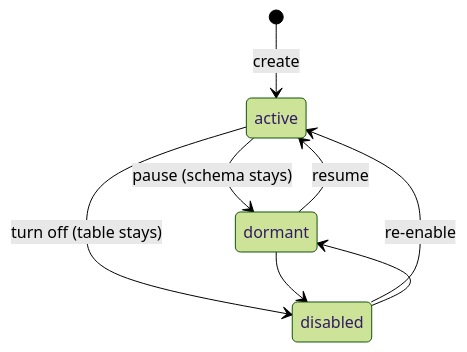
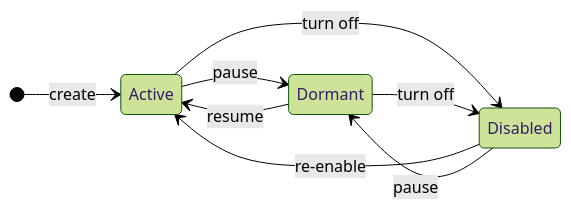
One commit to hyperi-io/dfe-engine changed the diagram in docs/data-plane/source-registry.md. Above: the diagram before and after it, drawn with Mermaid (forest theme). The commit also changed other lines of this file and 71 other files, not shown here.

First line of the commit message:
docs(engine): fix 159 claims and redraw every diagram

````diff
--- a/docs/data-plane/source-registry.md
+++ b/docs/data-plane/source-registry.md
@@ -25,10 +27,13 @@
 ```mermaid
 stateDiagram-v2
-    [*] --> active: create
-    active --> dormant: pause (schema stays)
-    dormant --> active: resume
-    active --> disabled: turn off (table stays)
-    dormant --> disabled
-    disabled --> active: re-enable
-    disabled --> dormant
+    direction LR
+    accTitle: L4 Detail -- Source lifecycle
+    accDescr: A source is created active. It can move between active, dormant and disabled in any direction, and its table stays in every state.
+    [*] --> Active: create
+    Active --> Dormant: pause
+    Dormant --> Active: resume
+    Active --> Disabled: turn off
+    Disabled --> Active: re-enable
+    Dormant --> Disabled: turn off
+    Disabled --> Dormant: pause
 ```
````
